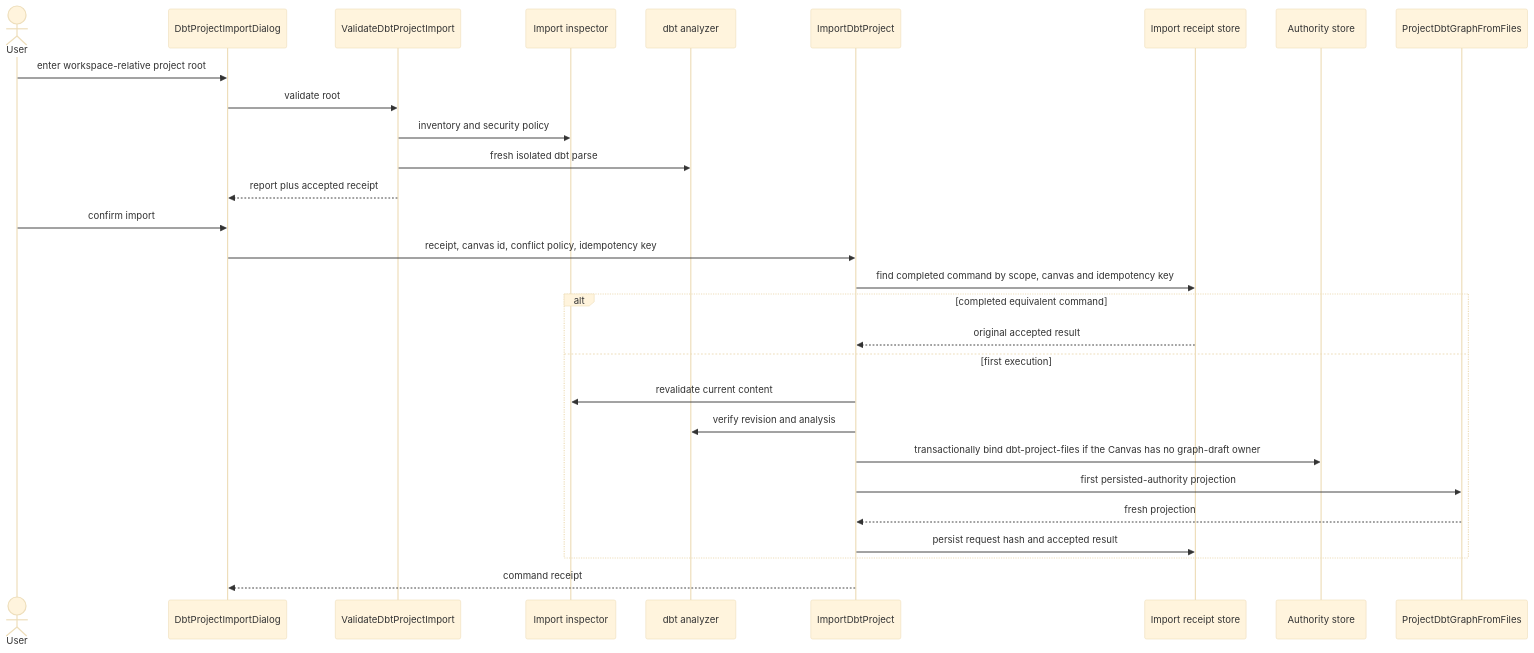
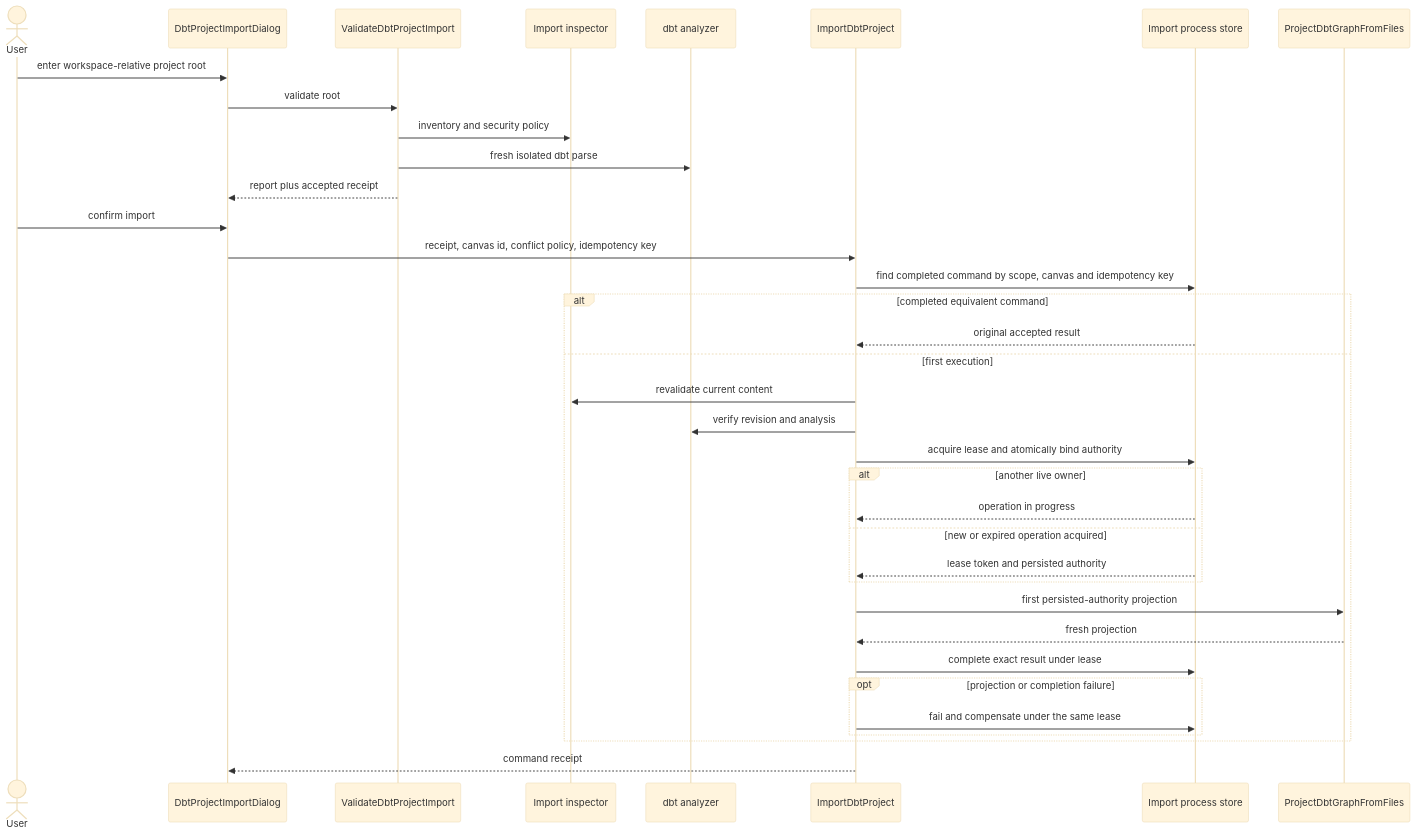
Before and after one commit to dunay2/dvt: the third of 4 diagrams in docs/architecture/components/web/graph/dbt-project-import-and-source-authority-component.md, drawn with Mermaid (base theme). The commit also changed other lines of this file and 2 other files, not shown here.

Commit message:
docs(api): Model crash-safe dbt import process ownership

````diff
--- a/docs/architecture/components/web/graph/dbt-project-import-and-source-authority-component.md
+++ b/docs/architecture/components/web/graph/dbt-project-import-and-source-authority-component.md
@@ -126,32 +133,39 @@
 ```mermaid
 sequenceDiagram
   actor User
   participant UI as DbtProjectImportDialog
   participant Validate as ValidateDbtProjectImport
   participant Inspect as Import inspector
   participant Analyze as dbt analyzer
   participant Import as ImportDbtProject
-  participant Receipt as Import receipt store
-  participant Authority as Authority store
+  participant Process as Import process store
   participant Graph as ProjectDbtGraphFromFiles
 
   User->>UI: enter workspace-relative project root
   UI->>Validate: validate root
   Validate->>Inspect: inventory and security policy
   Validate->>Analyze: fresh isolated dbt parse
   Validate-->>UI: report plus accepted receipt
   User->>UI: confirm import
   UI->>Import: receipt, canvas id, conflict policy, idempotency key
-  Import->>Receipt: find completed command by scope, canvas and idempotency key
+  Import->>Process: find completed command by scope, canvas and idempotency key
   alt completed equivalent command
-    Receipt-->>Import: original accepted result
+    Process-->>Import: original accepted result
   else first execution
     Import->>Inspect: revalidate current content
     Import->>Analyze: verify revision and analysis
-    Import->>Authority: transactionally bind dbt-project-files if the Canvas has no graph-draft owner
+    Import->>Process: acquire lease and atomically bind authority
+    alt another live owner
+      Process-->>Import: operation in progress
+    else new or expired operation acquired
+      Process-->>Import: lease token and persisted authority
+    end
     Import->>Graph: first persisted-authority projection
     Graph-->>Import: fresh projection
-    Import->>Receipt: persist request hash and accepted result
+    Import->>Process: complete exact result under lease
+    opt projection or completion failure
+      Import->>Process: fail and compensate under the same lease
+    end
   end
   Import-->>UI: command receipt
 ```
````
